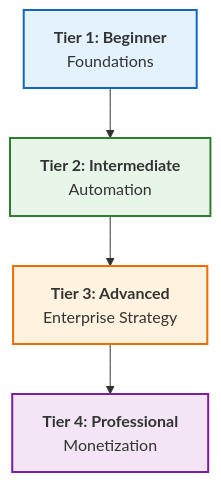
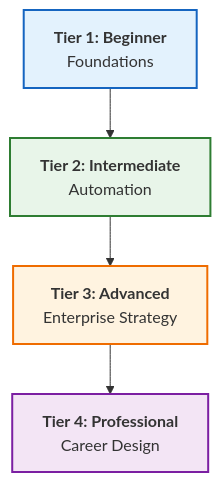
The diagram in README.md (Ganil151/Devops), drawn with Mermaid before and after one commit. The commit also changed other lines of this file and 218 other files, not shown here.

````diff
--- a/README.md
+++ b/README.md
@@ -26,12 +26,12 @@
 ```mermaid
 graph TD
     classDef default fill:#f9f9f9,stroke:#333,stroke-width:2px;
     classDef beginner fill:#e3f2fd,stroke:#1565c0;
     classDef inter fill:#e8f5e9,stroke:#2e7d32;
     classDef adv fill:#fff3e0,stroke:#ef6c00;
     classDef pro fill:#f3e5f5,stroke:#7b1fa2;
 
     B[<b>Tier 1: Beginner</b><br/>Foundations]:::beginner --> I[<b>Tier 2: Intermediate</b><br/>Automation]:::inter
     I --> A[<b>Tier 3: Advanced</b><br/>Enterprise Strategy]:::adv
-    A --> P[<b>Tier 4: Professional</b><br/>Monetization]:::pro
+    A --> P[<b>Tier 4: Professional</b><br/>Career Design]:::pro
 ```
````
